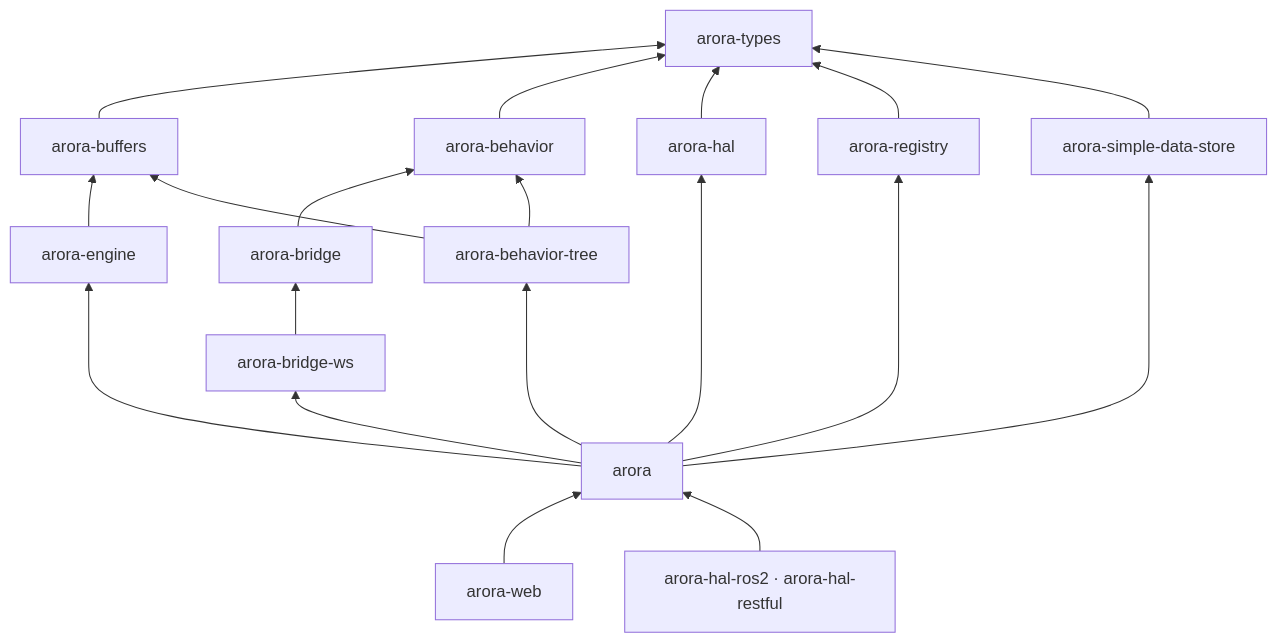
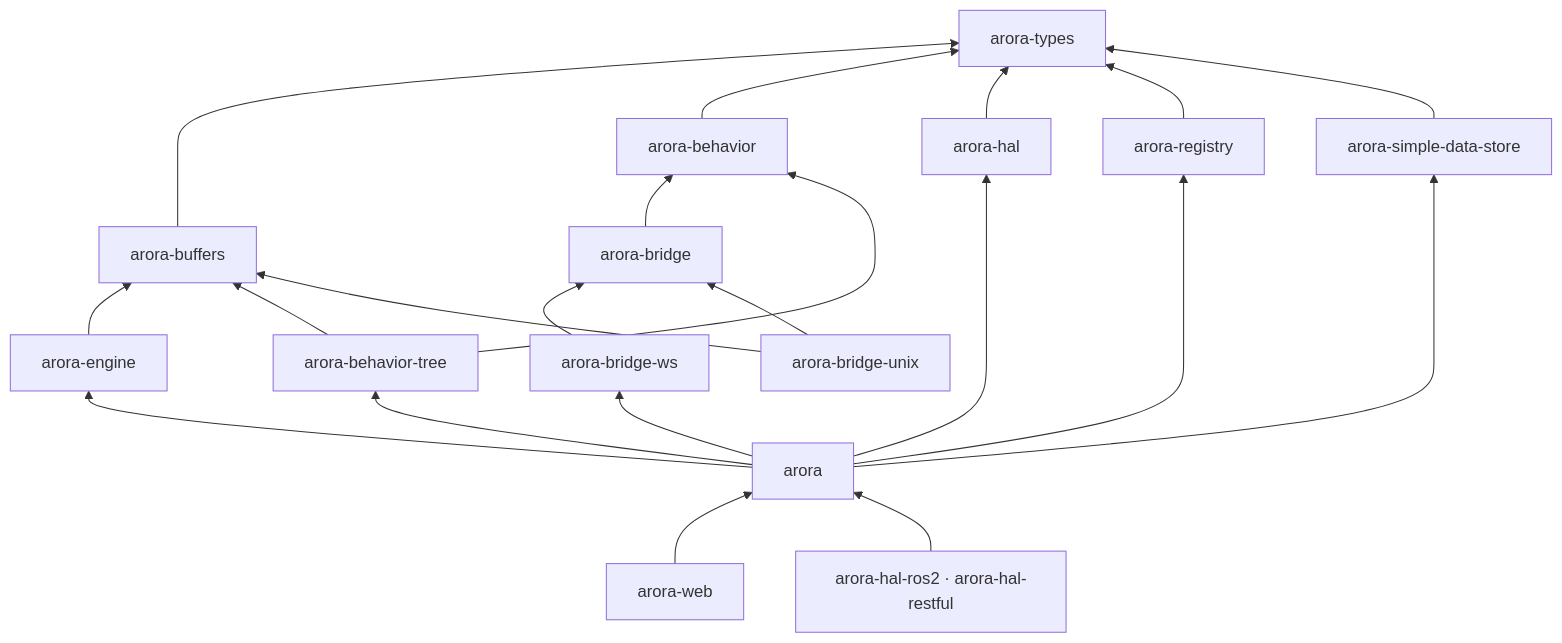
One commit to semio-ai/arora-sdk changed the first of 3 diagrams in docs/architecture.md. Above: the diagram before and after it, drawn with Mermaid. The commit also changed other lines of this file and 18 other files, not shown here.

First line of the commit message:
arora-bridge-unix: a bridge over a Unix socket file, in Arora Buffers

````diff
--- a/docs/architecture.md
+++ b/docs/architecture.md
@@ -28,22 +28,24 @@
 ```mermaid
 graph BT
     types["arora-types"]
     buffers["arora-buffers"] --> types
     behavior["arora-behavior"] --> types
     hal["arora-hal"] --> types
     bridge["arora-bridge"] --> behavior
     registry["arora-registry"] --> types
     store["arora-simple-data-store"] --> types
     engine["arora-engine"] --> buffers
     bt["arora-behavior-tree"] --> behavior
     bt --> buffers
     ws["arora-bridge-ws"] --> bridge
+    unix["arora-bridge-unix"] --> bridge
+    unix --> buffers
     arora["arora"] --> engine
     arora --> bt
     arora --> hal
     arora --> ws
     arora --> registry
     arora --> store
     web["arora-web"] --> arora
     halros["arora-hal-ros2 · arora-hal-restful"] --> arora
 ```
````
